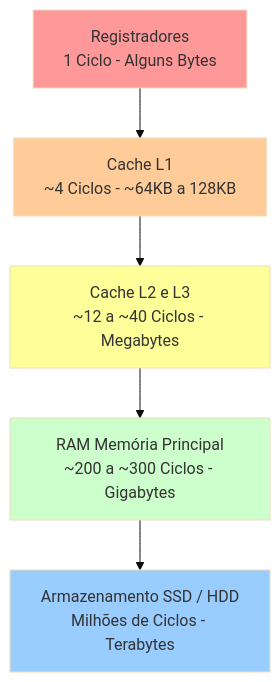
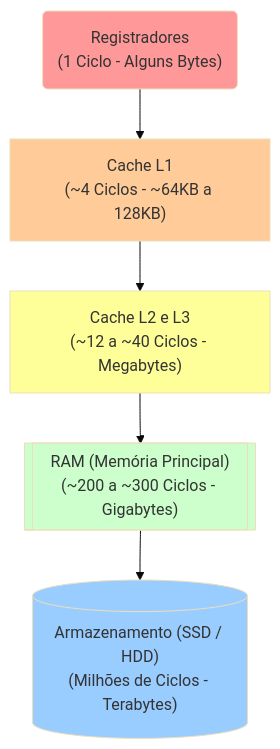
The diagram in docs/slides/slide-05.md (ricardotecpro/ads_extra_hardware_e_compiladores), drawn with Mermaid (base theme) before and after one commit. The commit also changed other lines of this file and 32 other files, not shown here.

````diff
--- a/docs/slides/slide-05.md
+++ b/docs/slides/slide-05.md
@@ -11,13 +27,13 @@
 ```mermaid
 graph TD
-    A[Registradores<br/>1 Ciclo - Alguns Bytes] --> B[Cache L1<br/>~4 Ciclos - ~64KB a 128KB]
-    B --> C[Cache L2 e L3<br/>~12 a ~40 Ciclos - Megabytes]
-    C --> D[RAM Memória Principal<br/>~200 a ~300 Ciclos - Gigabytes]
-    D --> E[Armazenamento SSD / HDD<br/>Milhões de Ciclos - Terabytes]
+    A("Registradores<br/>(1 Ciclo - Alguns Bytes)") --> B["Cache L1<br/>(~4 Ciclos - ~64KB a 128KB)"]
+    B --> C["Cache L2 e L3<br/>(~12 a ~40 Ciclos - Megabytes)"]
+    C --> D[["RAM (Memória Principal)<br/>(~200 a ~300 Ciclos - Gigabytes)"]]
+    D --> E[("Armazenamento (SSD / HDD)<br/>(Milhões de Ciclos - Terabytes)")]
     
     style A fill:#ff9999
     style B fill:#ffcc99
     style C fill:#ffff99
     style D fill:#ccffcc
     style E fill:#99ccff
 ```
````
